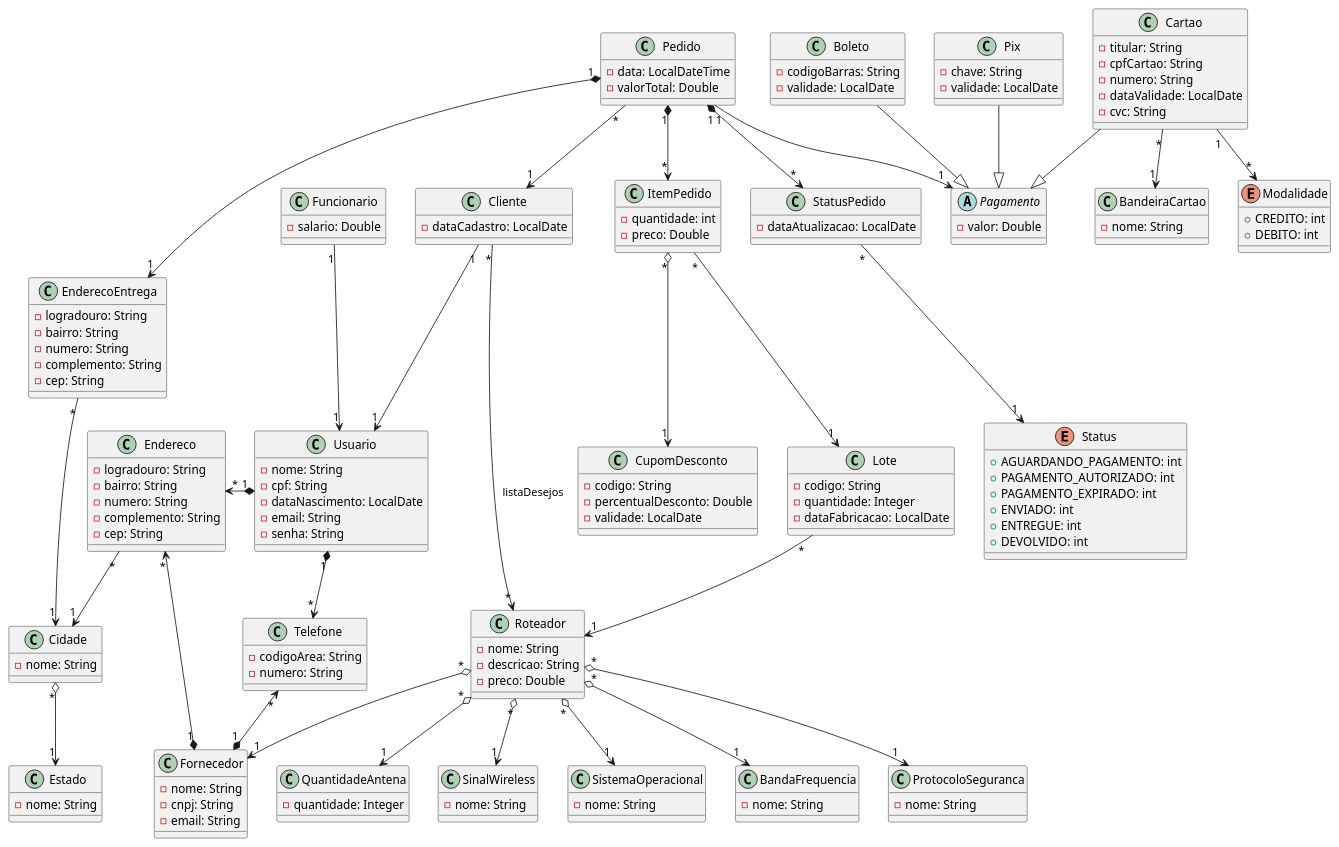
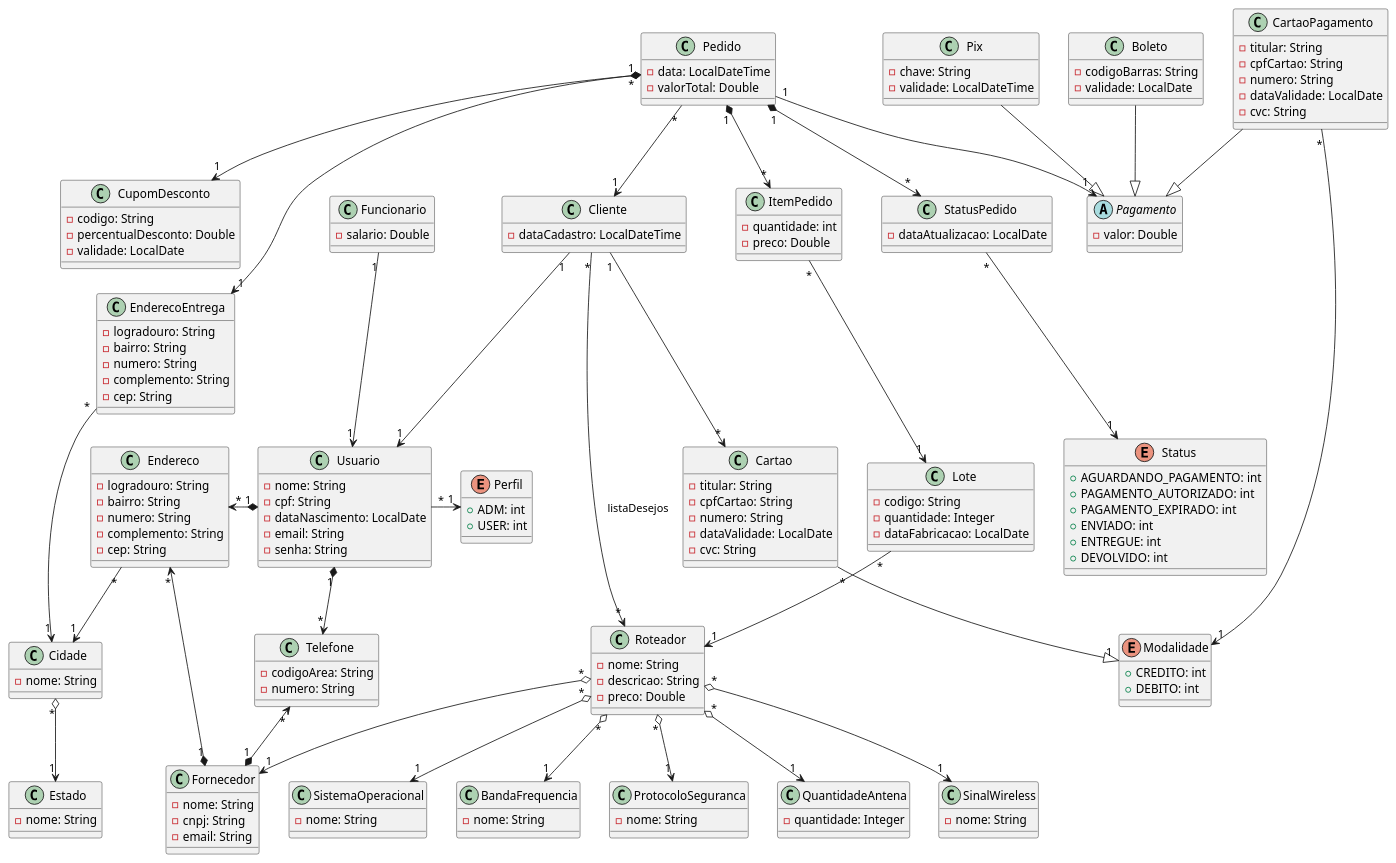
The diagram in src/main/resources/roteadores.plantuml (rodrigo-folha/roteadores-tp1-quarkus), drawn with PlantUML before and after one commit. The commit also changed 43 other files, not shown here.

```diff
--- a/src/main/resources/roteadores.plantuml
+++ b/src/main/resources/roteadores.plantuml
@@ -39,7 +39,7 @@
 }
 
 class Cliente {
-    - dataCadastro: LocalDate
+    - dataCadastro: LocalDateTime
 }
 
 class Funcionario {
@@ -52,6 +52,11 @@
     - dataNascimento: LocalDate
     - email: String
     - senha: String
+}
+
+enum Perfil {
+    + ADM: int
+    + USER: int
 }
 
 class Telefone {
@@ -112,12 +117,20 @@
 
 class Pix {
     - chave: String
-    - validade: LocalDate
+    - validade: LocalDateTime
 }
 
 class Boleto {
     - codigoBarras: String
     - validade: LocalDate
+}
+
+class CartaoPagamento {
+    - titular: String
+    - cpfCartao: String
+    - numero: String
+    - dataValidade: LocalDate
+    - cvc: String
 }
 
 class Cartao {
@@ -126,10 +139,6 @@
     - numero: String
     - dataValidade: LocalDate
     - cvc: String
-}
-
-class BandeiraCartao {
-    - nome: String
 }
 
 enum Modalidade {
@@ -159,11 +168,13 @@
 
 Cliente "*" --> "*" Roteador: listaDesejos
 Cliente "1" --> "1" Usuario
+Cliente "1" --> "*" Cartao
 
 Funcionario "1" --> "1" Usuario
 
 Usuario "1" *-left-> "*" Endereco
 Usuario "1" *--> "*" Telefone
+Usuario "*" -right-> "1" Perfil
 
 Endereco "*" --> "1" Cidade
 EnderecoEntrega "*" --> "1" Cidade
@@ -175,16 +186,17 @@
 Pedido "1" *--> "1" EnderecoEntrega
 Pedido "1" --> "1" Pagamento
 Pedido "1" *--> "*" StatusPedido
+Pedido "*" o--> "1" CupomDesconto
 
 StatusPedido "*" --> "1" Status
 
 ItemPedido "*" --> "1" Lote
-ItemPedido "*" o--> "1" CupomDesconto
 
 Pix --|> Pagamento
 Boleto --|> Pagamento
-Cartao --|> Pagamento
-Cartao "*" --> "1" BandeiraCartao
-Cartao "1" --> "*" Modalidade
+CartaoPagamento --|> Pagamento
+CartaoPagamento "*" --> "1" Modalidade
+
+Cartao "*" -down-|> "1" Modalidade
 
 @enduml
```
